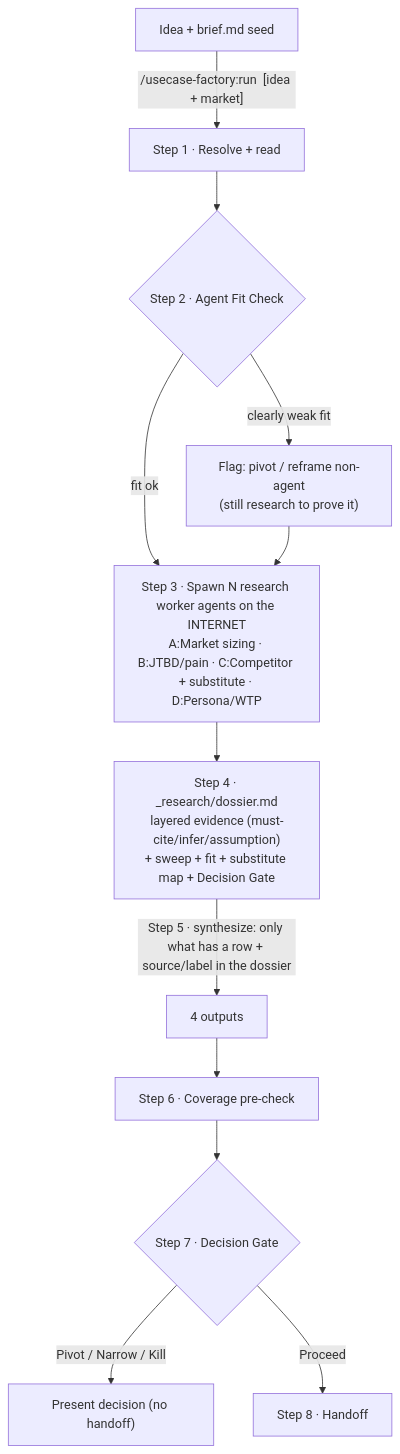
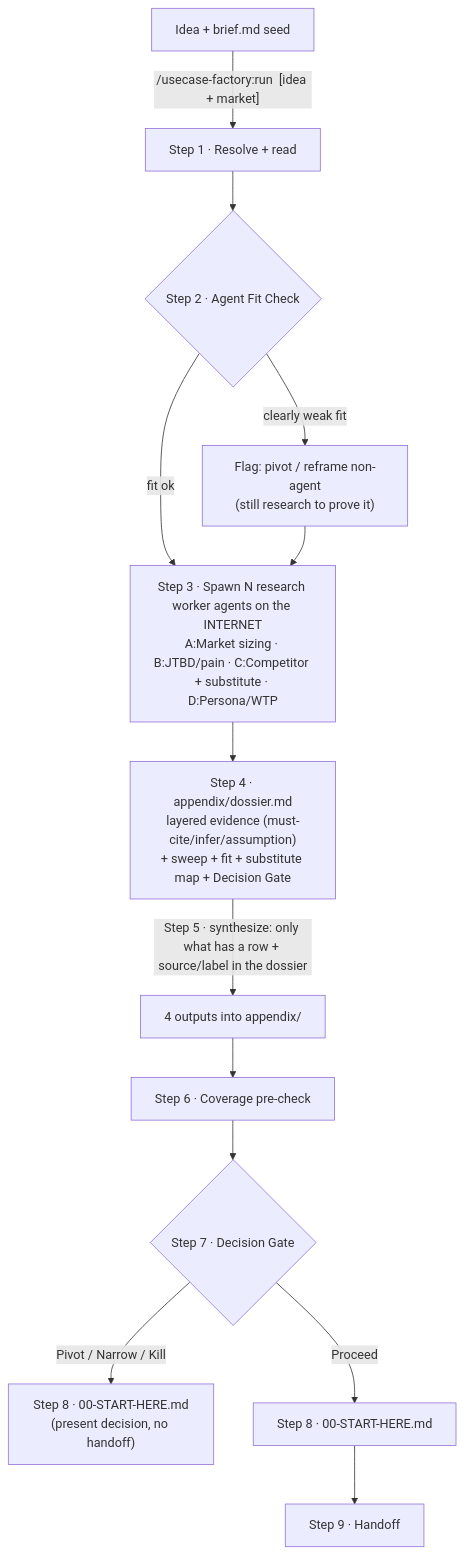
The diagram in skills/run/playbook.md (Tritintruong114/usecase-factory), drawn with Mermaid before and after one commit. The commit also changed other lines of this file and 29 other files, not shown here.

````diff
--- a/skills/run/playbook.md
+++ b/skills/run/playbook.md
@@ -7,14 +7,15 @@
 ```mermaid
 flowchart TD
     IDEA["Idea + brief.md seed"] -->|"/usecase-factory:run <slug> [idea + market]"| B1["Step 1 · Resolve + read"]
     B1 --> B2{"Step 2 · Agent Fit Check"}
     B2 -->|"clearly weak fit"| FLAG["Flag: pivot / reframe non-agent<br/>(still research to prove it)"]
     B2 -->|"fit ok"| B3
     FLAG --> B3["Step 3 · Spawn N research worker agents on the INTERNET<br/>A:Market sizing · B:JTBD/pain · C:Competitor + substitute · D:Persona/WTP"]
-    B3 --> B4["Step 4 · _research/dossier.md<br/>layered evidence (must-cite/infer/assumption)<br/>+ sweep + fit + substitute map + Decision Gate"]
-    B4 -->|"Step 5 · synthesize: only what has a row + source/label in the dossier"| OUT["4 outputs"]
+    B3 --> B4["Step 4 · appendix/dossier.md<br/>layered evidence (must-cite/infer/assumption)<br/>+ sweep + fit + substitute map + Decision Gate"]
+    B4 -->|"Step 5 · synthesize: only what has a row + source/label in the dossier"| OUT["4 outputs into appendix/"]
     OUT --> B6["Step 6 · Coverage pre-check"]
     B6 --> B7{"Step 7 · Decision Gate"}
-    B7 -->|"Pivot / Narrow / Kill"| STOP["Present decision (no handoff)"]
-    B7 -->|"Proceed"| B8["Step 8 · Handoff"]
+    B7 -->|"Pivot / Narrow / Kill"| STOP["Step 8 · 00-START-HERE.md<br/>(present decision, no handoff)"]
+    B7 -->|"Proceed"| B8["Step 8 · 00-START-HERE.md"]
+    B8 --> B9["Step 9 · Handoff"]
 ```
````
